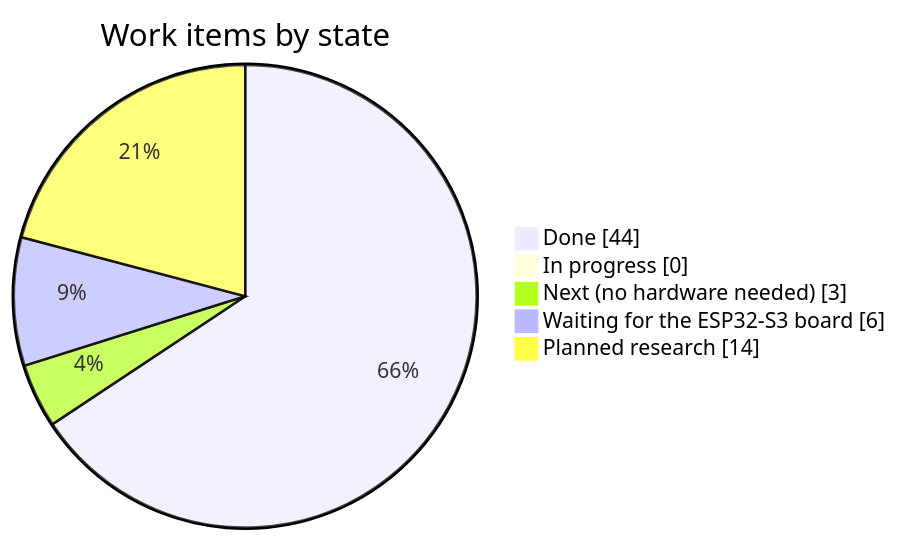
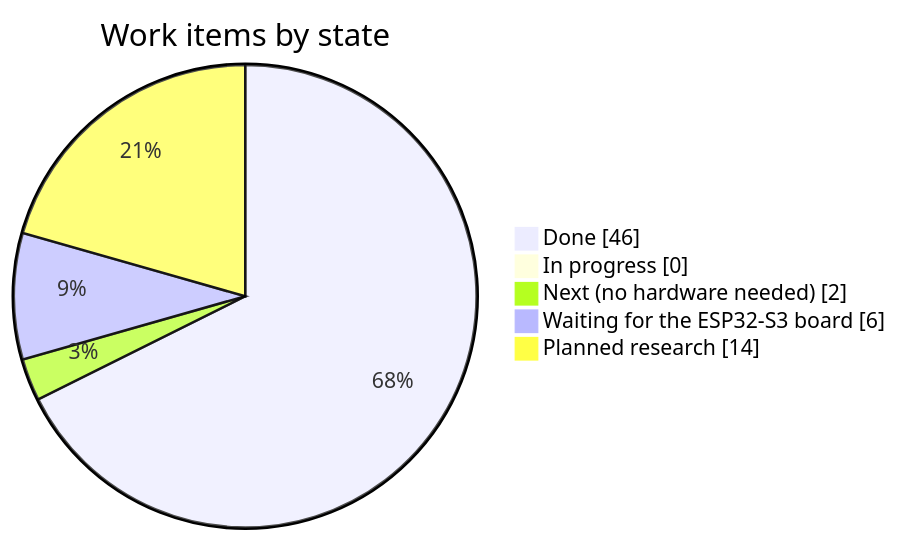
Before and after one commit to marcelpetrick/ESP32-Tiny-LLM: the first of 3 diagrams in plan.md, drawn with Mermaid. The commit also changed other lines of this file and 5 other files, not shown here.

Commit message:
fix(tools): place sweep chart labels without overlaps

````diff
--- a/plan.md
+++ b/plan.md
@@ -14,9 +14,9 @@
 ```mermaid
 pie showData
     title Work items by state
-    "Done" : 44
+    "Done" : 46
     "In progress" : 0
-    "Next (no hardware needed)" : 3
+    "Next (no hardware needed)" : 2
     "Waiting for the ESP32-S3 board" : 6
     "Planned research" : 14
 ```
````
